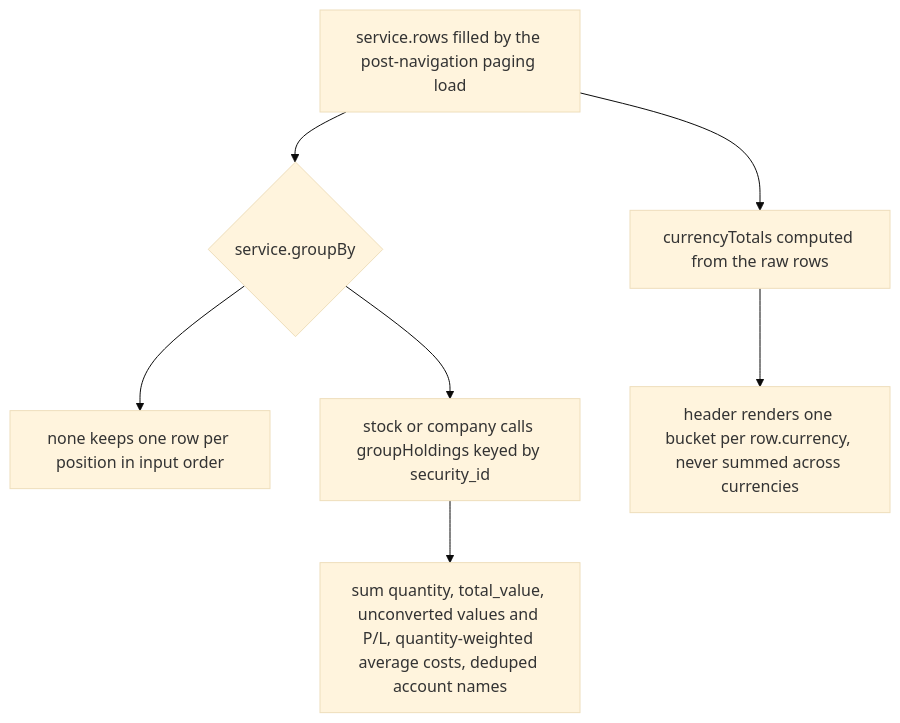
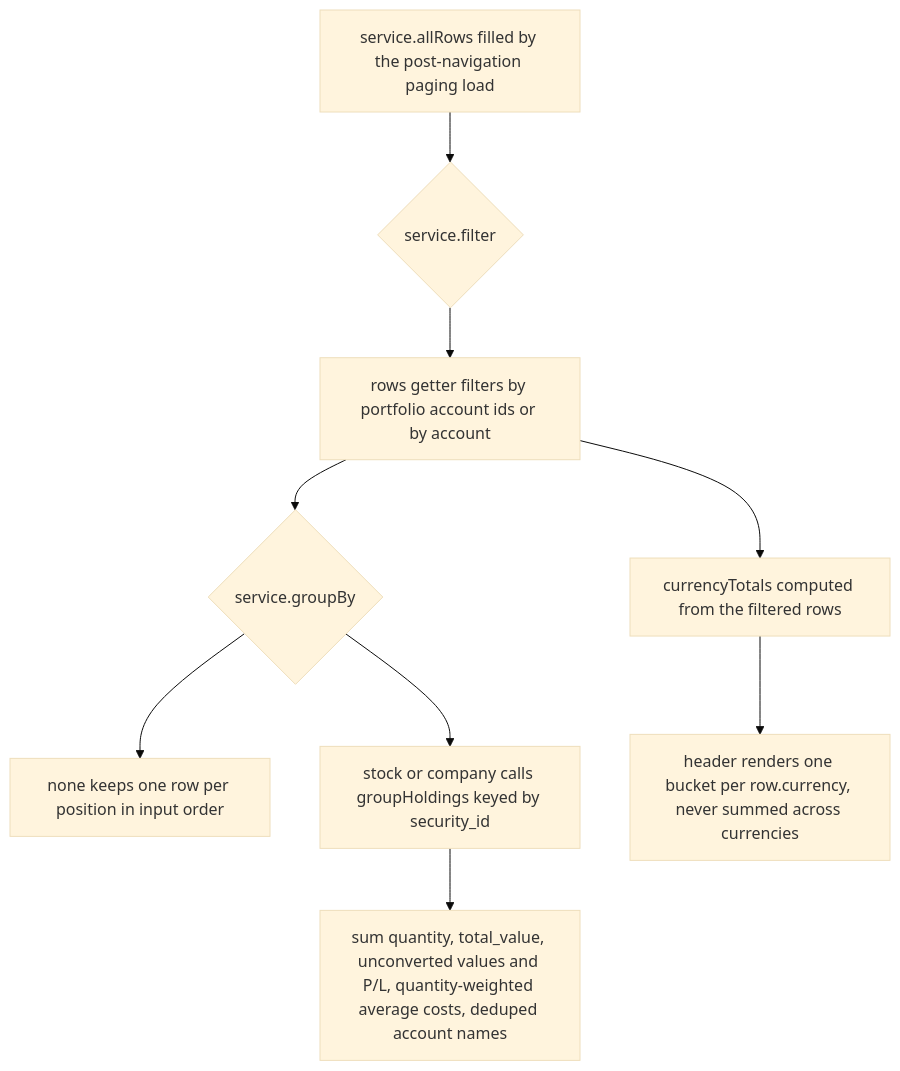
One commit to havekes/retail-portfolio changed the second of 2 diagrams in openwiki/workflows/accounts-and-holdings-views.md. Above: the diagram before and after it, drawn with Mermaid (base theme). The commit also changed other lines of this file and 48 other files, not shown here.

````diff
--- a/openwiki/workflows/accounts-and-holdings-views.md
+++ b/openwiki/workflows/accounts-and-holdings-views.md
@@ -418,9 +495,11 @@
 ```mermaid
 flowchart TD
-    Rows["service.rows filled by the post-navigation paging load"] --> Mode{"service.groupBy"}
-    Mode --> Flat["none keeps one row per position in input order"]
+    Rows["service.allRows filled by the post-navigation paging load"] --> Filter{"service.filter"}
+    Filter --> Flat["rows getter filters by portfolio account ids or by account"]
+    Flat --> Mode{"service.groupBy"}
+    Mode --> Plain["none keeps one row per position in input order"]
     Mode --> Stock["stock or company calls groupHoldings keyed by security_id"]
     Stock --> Sums["sum quantity, total_value, unconverted values and P/L, quantity-weighted average costs, deduped account names"]
-    Rows --> Buckets["currencyTotals computed from the raw rows"]
+    Flat --> Buckets["currencyTotals computed from the filtered rows"]
     Buckets --> Render["header renders one bucket per row.currency, never summed across currencies"]
 ```
````
